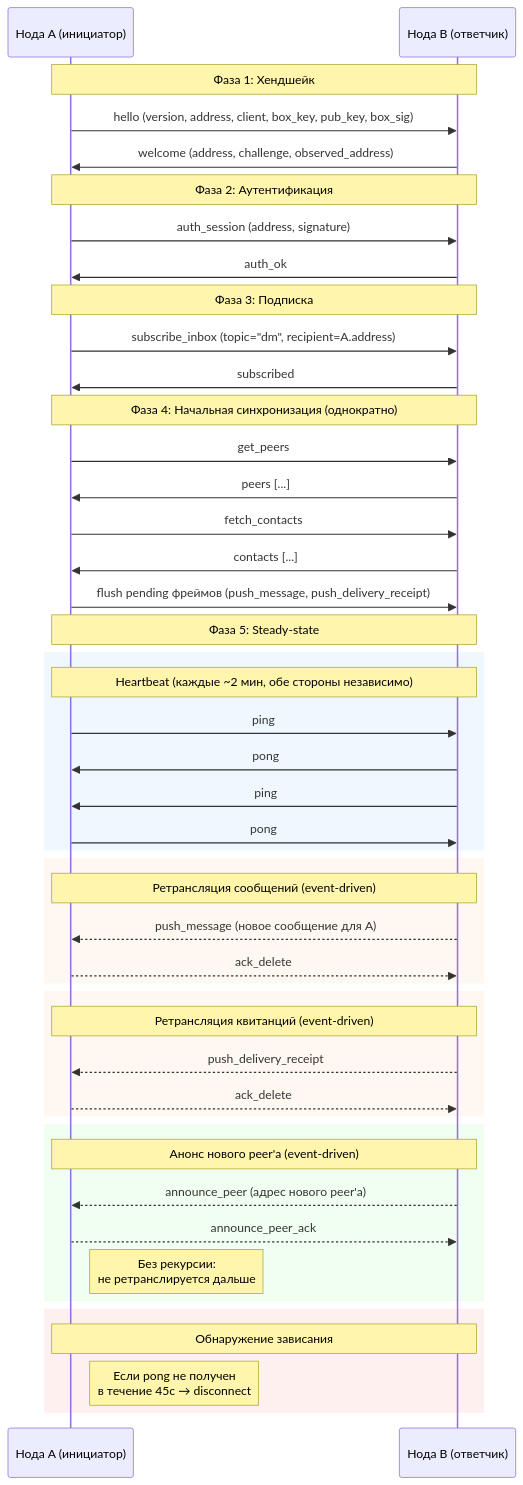
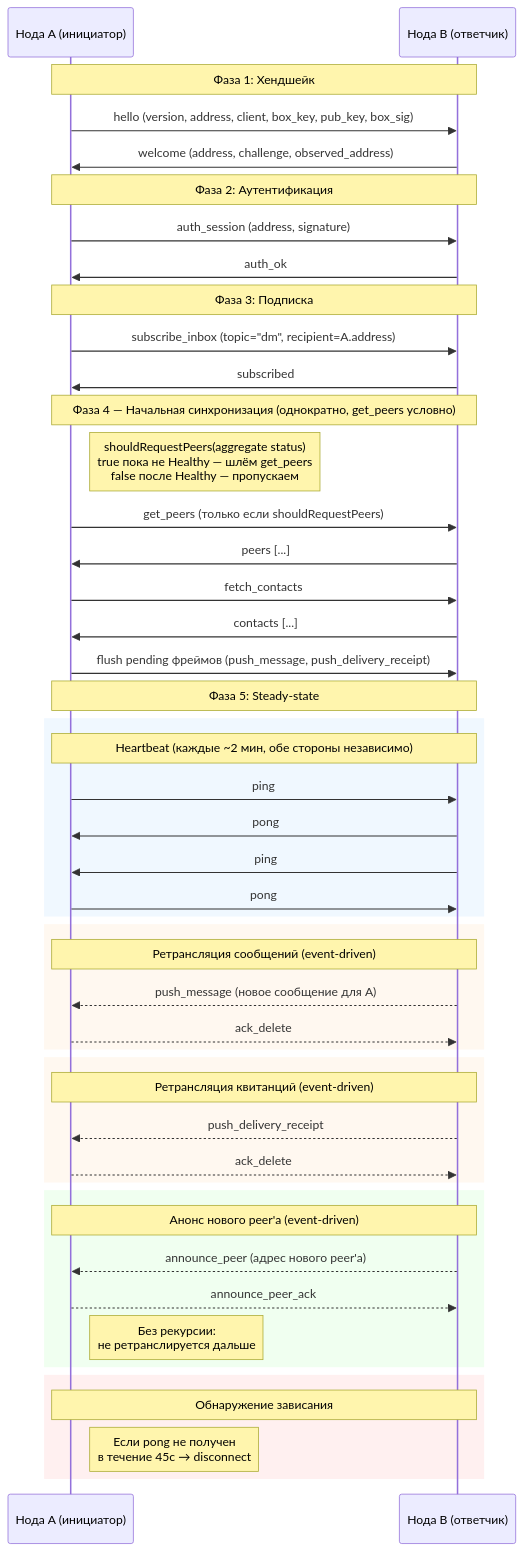
One commit to piratecash/corsa changed diagram 13 of 18 in docs/mesh.md. Above: the diagram before and after it, drawn with Mermaid. The commit also changed other lines of this file and 24 other files, not shown here.

````diff
--- a/docs/mesh.md
+++ b/docs/mesh.md
@@ -816,63 +852,64 @@
 ```mermaid
 sequenceDiagram
     participant A as Нода A (инициатор)
     participant B as Нода B (ответчик)
 
     Note over A,B: Фаза 1: Хендшейк
 
     A->>B: hello (version, address, client, box_key, pub_key, box_sig)
     B->>A: welcome (address, challenge, observed_address)
 
     Note over A,B: Фаза 2: Аутентификация
 
     A->>B: auth_session (address, signature)
     B->>A: auth_ok
 
     Note over A,B: Фаза 3: Подписка
 
     A->>B: subscribe_inbox (topic="dm", recipient=A.address)
     B->>A: subscribed
 
-    Note over A,B: Фаза 4: Начальная синхронизация (однократно)
+    Note over A,B: Фаза 4 — Начальная синхронизация (однократно, get_peers условно)
 
-    A->>B: get_peers
+    Note right of A: shouldRequestPeers(aggregate status)<br/>true пока не Healthy — шлём get_peers<br/>false после Healthy — пропускаем
+    A->>B: get_peers (только если shouldRequestPeers)
     B->>A: peers [...]
     A->>B: fetch_contacts
     B->>A: contacts [...]
 
     A->>B: flush pending фреймов (push_message, push_delivery_receipt)
 
     Note over A,B: Фаза 5: Steady-state
 
     rect rgb(240, 248, 255)
         Note over A,B: Heartbeat (каждые ~2 мин, обе стороны независимо)
         A->>B: ping
         B->>A: pong
         B->>A: ping
         A->>B: pong
     end
 
     rect rgb(255, 248, 240)
         Note over A,B: Ретрансляция сообщений (event-driven)
         B-->>A: push_message (новое сообщение для A)
         A-->>B: ack_delete
     end
 
     rect rgb(255, 248, 240)
         Note over A,B: Ретрансляция квитанций (event-driven)
         B-->>A: push_delivery_receipt
         A-->>B: ack_delete
     end
 
     rect rgb(240, 255, 240)
         Note over A,B: Анонс нового peer'а (event-driven)
         B-->>A: announce_peer (адрес нового peer'а)
         A-->>B: announce_peer_ack
         Note right of A: Без рекурсии:<br/>не ретранслируется дальше
     end
 
     rect rgb(255, 240, 240)
         Note over A,B: Обнаружение зависания
         Note right of A: Если pong не получен<br/>в течение 45с → disconnect
     end
 ```
````
